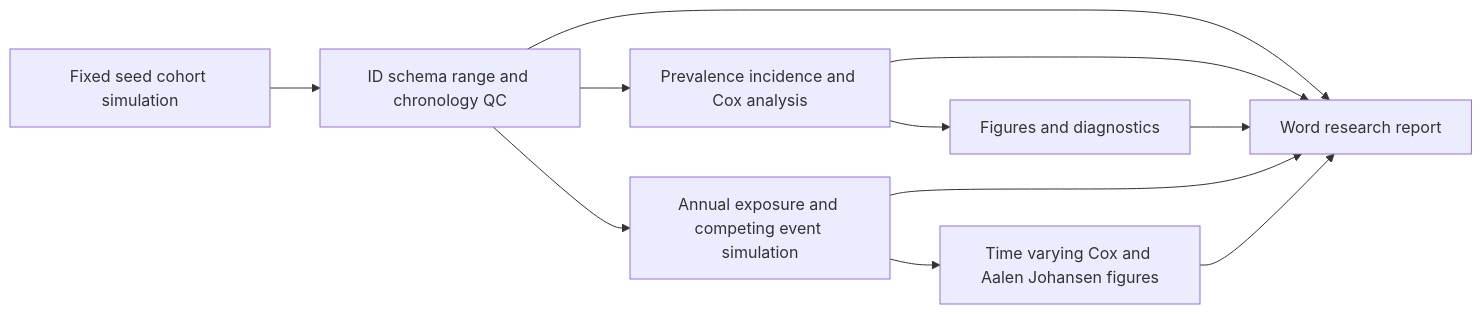
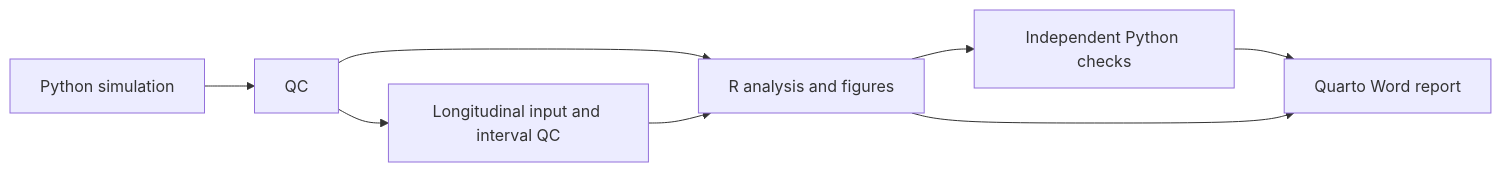
One commit to Vusumuzi2Mabasa/OccuSurv-NF changed the diagram in README.md. Above: the diagram before and after it, drawn with Mermaid. The commit also changed other lines of this file and 102 other files, not shown here.

Commit message:
Move analyses to R and Quarto with research-style simulation report

````diff
--- a/README.md
+++ b/README.md
@@ -9,13 +263,10 @@
 ```mermaid
 flowchart LR
- A[Fixed seed cohort simulation] --> B[ID schema range and chronology QC]
- B --> C[Prevalence incidence and Cox analysis]
- C --> D[Figures and diagnostics]
- B --> E[Word research report]
- C --> E
- D --> E
- B --> F[Annual exposure and competing event simulation]
- F --> G[Time varying Cox and Aalen Johansen figures]
- F --> E
- G --> E
+ A[Python simulation] --> B[QC]
+ B --> C[Longitudinal input and interval QC]
+ B --> D[R analysis and figures]
+ C --> D
+ D --> E[Independent Python checks]
+ E --> F[Quarto Word report]
+ D --> F
 ```
````
